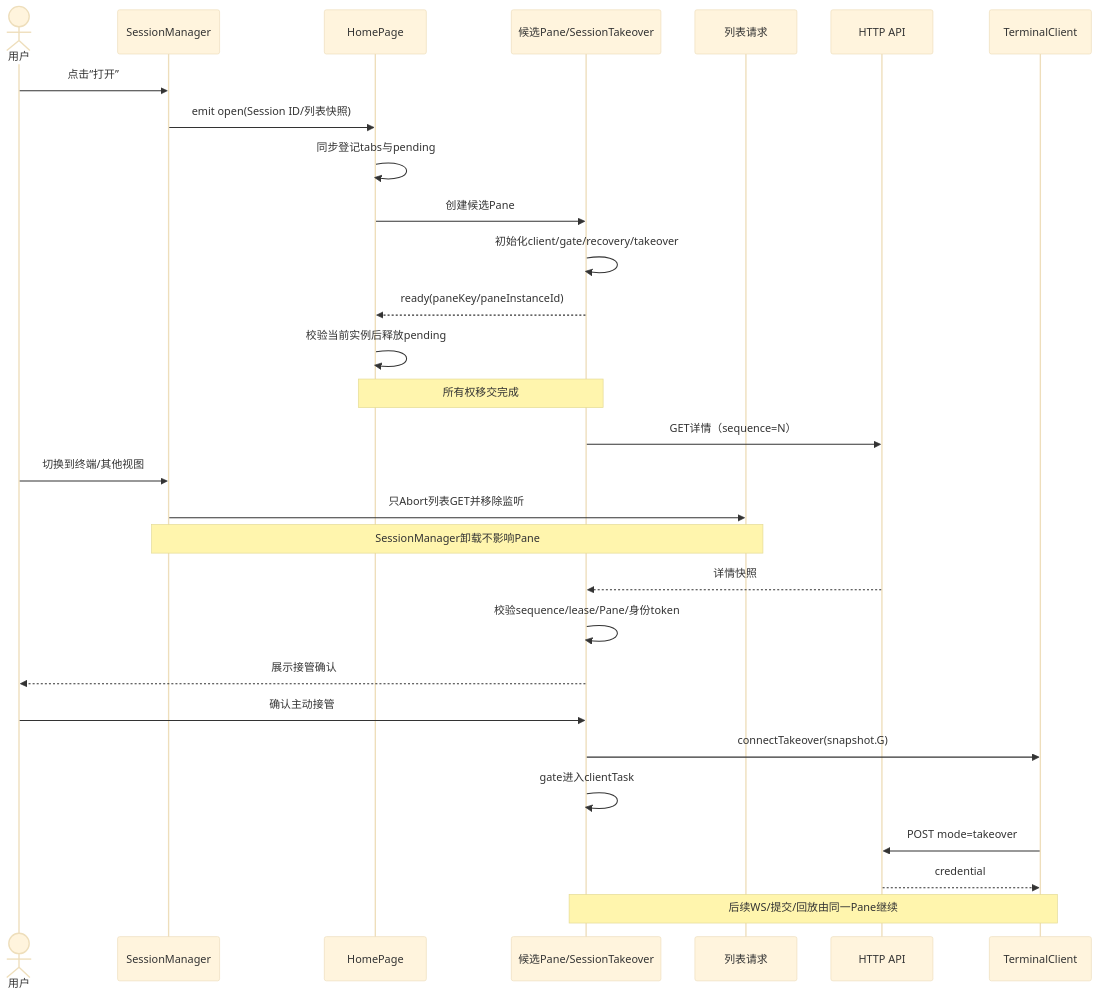
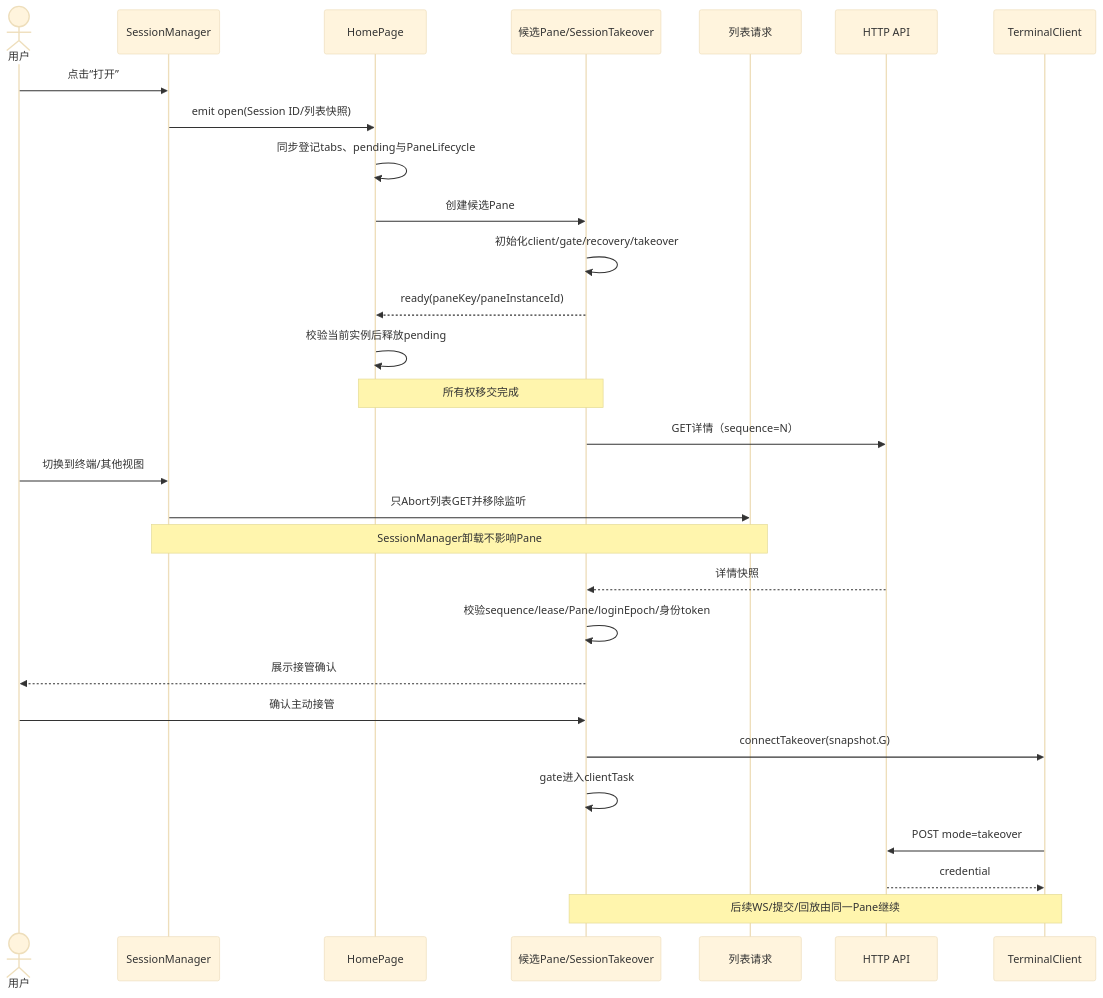
The fourth of 11 diagrams in doc/stage-5-implementation-plan.md (stearsc/web-ssh), drawn with Mermaid (base theme) before and after one commit. The commit also changed other lines of this file and 2 other files, not shown here.

````diff
--- a/doc/stage-5-implementation-plan.md
+++ b/doc/stage-5-implementation-plan.md
@@ -624,31 +721,31 @@
 ```mermaid
 sequenceDiagram
     actor U as 用户
     participant M as SessionManager
     participant H as HomePage
     participant P as 候选Pane/SessionTakeover
     participant L as 列表请求
     participant API as HTTP API
     participant C as TerminalClient
     U->>M: 点击“打开”
     M->>H: emit open(Session ID/列表快照)
-    H->>H: 同步登记tabs与pending
+    H->>H: 同步登记tabs、pending与PaneLifecycle
     H->>P: 创建候选Pane
     P->>P: 初始化client/gate/recovery/takeover
     P-->>H: ready(paneKey/paneInstanceId)
     H->>H: 校验当前实例后释放pending
     Note over H,P: 所有权移交完成
     P->>API: GET详情（sequence=N）
     U->>M: 切换到终端/其他视图
     M->>L: 只Abort列表GET并移除监听
     Note over M,L: SessionManager卸载不影响Pane
     API-->>P: 详情快照
-    P->>P: 校验sequence/lease/Pane/身份token
+    P->>P: 校验sequence/lease/Pane/loginEpoch/身份token
     P-->>U: 展示接管确认
     U->>P: 确认主动接管
     P->>C: connectTakeover(snapshot.G)
     P->>P: gate进入clientTask
     C->>API: POST mode=takeover
     API-->>C: credential
     Note over P,C: 后续WS/提交/回放由同一Pane继续
 ```
````
